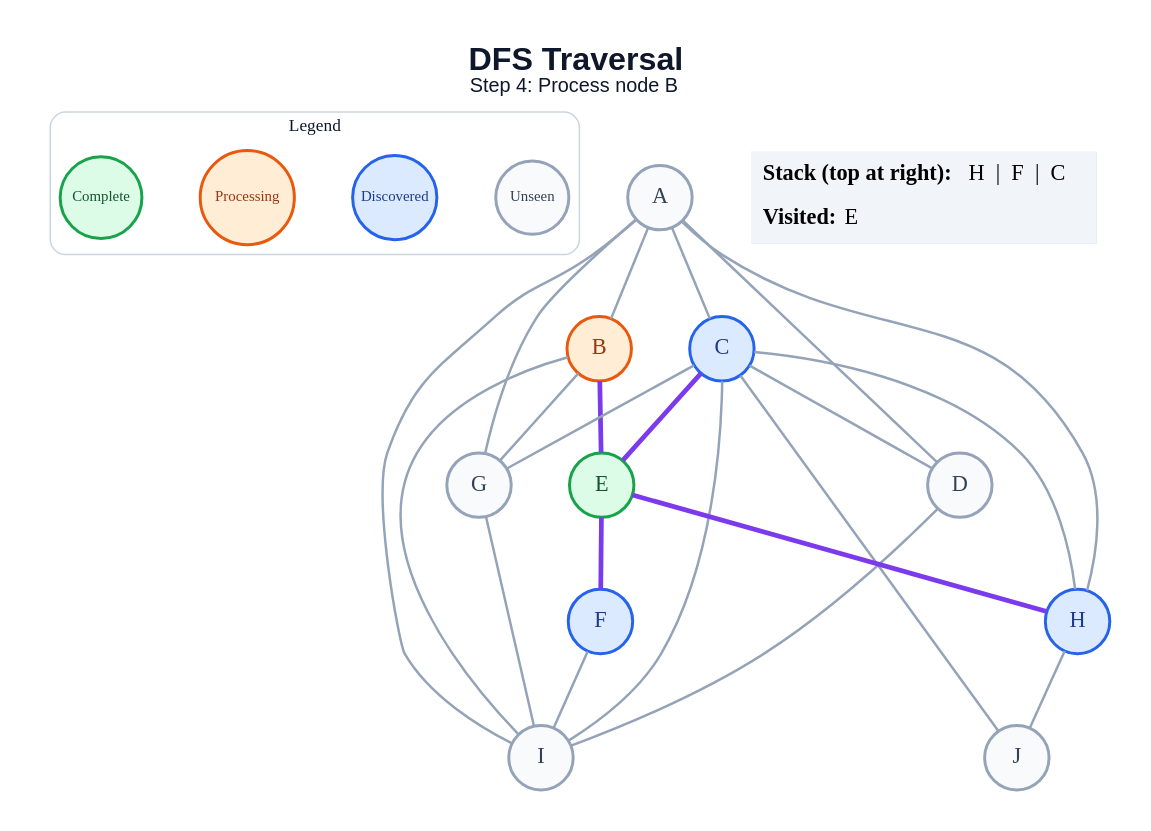
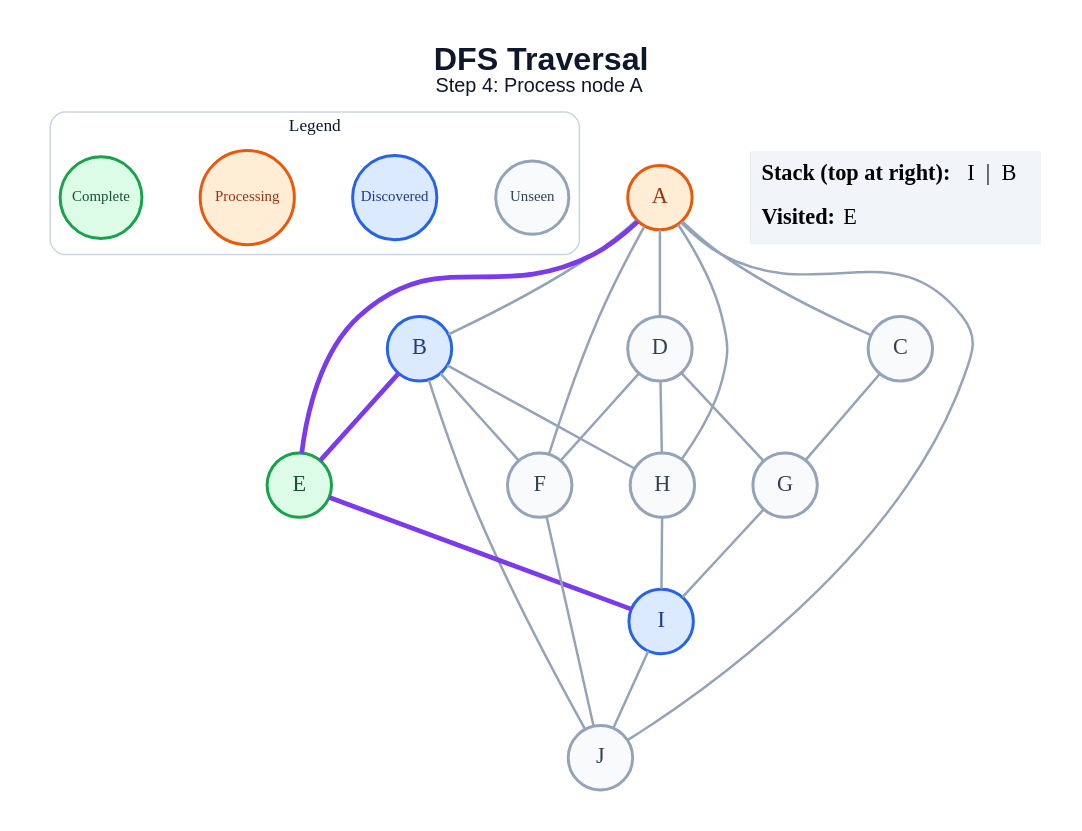
One commit to anon7238593-create/ai-slop changed the diagram in generated/specific-node/dfs/step_04.dot. Above: the diagram before and after it, drawn with Graphviz. The commit also changed 171 other files, not shown here.

```diff
--- a/generated/specific-node/dfs/step_04.dot
+++ b/generated/specific-node/dfs/step_04.dot
@@ -1,50 +1,49 @@
 graph traversal {
   graph [layout=dot, rankdir=TB, bgcolor="#FFFFFF", pad="0.35", nodesep="0.65", ranksep="0.8", fontname="Arial"];
   node [shape=circle, style="filled", fontname="Arial Bold", fontsize=18, width=0.72, fixedsize=true, penwidth=2.4];
   edge [color="#94A3B8", penwidth=2.0];
-  label=<<B>DFS Traversal</B><BR/><FONT POINT-SIZE="16">Step 4: Process node B</FONT>>; labelloc="t"; fontsize=26; fontname="Arial"; fontcolor="#0F172A";
+  label=<<B>DFS Traversal</B><BR/><FONT POINT-SIZE="16">Step 4: Process node A</FONT>>; labelloc="t"; fontsize=26; fontname="Arial"; fontcolor="#0F172A";
   subgraph cluster_legend { label="Legend"; color="#CBD5E1"; penwidth=1.2; style="rounded"; fontsize=14; fontname="Arial Bold";
     key_unseen [label="Unseen", fillcolor="#F8FAFC", color="#94A3B8", fontcolor="#334155", fontsize=12, width=0.82];
     key_frontier [label="Discovered", fillcolor="#DBEAFE", color="#2563EB", fontcolor="#1E3A8A", fontsize=12, width=0.95];
     key_current [label="Processing", fillcolor="#FFEDD5", color="#EA580C", fontcolor="#9A3412", fontsize=12, width=1.05];
     key_done [label="Complete", fillcolor="#DCFCE7", color="#16A34A", fontcolor="#14532D", fontsize=12, width=0.92];
     { rank=same; key_unseen; key_frontier; key_current; key_done; }
   }
-  A [fillcolor="#F8FAFC", color="#94A3B8", fontcolor="#334155"];
-  B [fillcolor="#FFEDD5", color="#EA580C", fontcolor="#9A3412"];
-  C [fillcolor="#DBEAFE", color="#2563EB", fontcolor="#1E3A8A"];
+  A [fillcolor="#FFEDD5", color="#EA580C", fontcolor="#9A3412"];
+  B [fillcolor="#DBEAFE", color="#2563EB", fontcolor="#1E3A8A"];
+  C [fillcolor="#F8FAFC", color="#94A3B8", fontcolor="#334155"];
   D [fillcolor="#F8FAFC", color="#94A3B8", fontcolor="#334155"];
   E [fillcolor="#DCFCE7", color="#16A34A", fontcolor="#14532D"];
-  F [fillcolor="#DBEAFE", color="#2563EB", fontcolor="#1E3A8A"];
+  F [fillcolor="#F8FAFC", color="#94A3B8", fontcolor="#334155"];
   G [fillcolor="#F8FAFC", color="#94A3B8", fontcolor="#334155"];
-  H [fillcolor="#DBEAFE", color="#2563EB", fontcolor="#1E3A8A"];
-  I [fillcolor="#F8FAFC", color="#94A3B8", fontcolor="#334155"];
+  H [fillcolor="#F8FAFC", color="#94A3B8", fontcolor="#334155"];
+  I [fillcolor="#DBEAFE", color="#2563EB", fontcolor="#1E3A8A"];
   J [fillcolor="#F8FAFC", color="#94A3B8", fontcolor="#334155"];
   A -- B;
   A -- C;
   A -- D;
-  A -- G;
+  A -- E [color="#7C3AED", penwidth=3.8];
+  A -- F;
   A -- H;
-  A -- I;
+  A -- J;
   B -- E [color="#7C3AED", penwidth=3.8];
-  B -- G;
-  B -- I;
-  C -- D;
-  C -- E [color="#7C3AED", penwidth=3.8];
+  B -- F;
+  B -- H;
+  B -- J;
   C -- G;
-  C -- H;
-  C -- I;
-  C -- J;
-  D -- I;
-  E -- F [color="#7C3AED", penwidth=3.8];
-  E -- H [color="#7C3AED", penwidth=3.8];
-  F -- I;
+  D -- F;
+  D -- G;
+  D -- H;
+  E -- I [color="#7C3AED", penwidth=3.8];
+  F -- J;
   G -- I;
-  H -- J;
+  H -- I;
+  I -- J;
   status [shape=plain, fixedsize=false, width=0, height=0, margin=0, label=<
     <TABLE BORDER="0" CELLBORDER="0" CELLPADDING="7" BGCOLOR="#F1F5F9">
-      <TR><TD ALIGN="LEFT"><B>Stack (top at right):</B> H  |  F  |  C</TD></TR>
+      <TR><TD ALIGN="LEFT"><B>Stack (top at right):</B> I  |  B</TD></TR>
       <TR><TD ALIGN="LEFT"><B>Visited:</B> E</TD></TR>
     </TABLE>
   >];
 }
```
